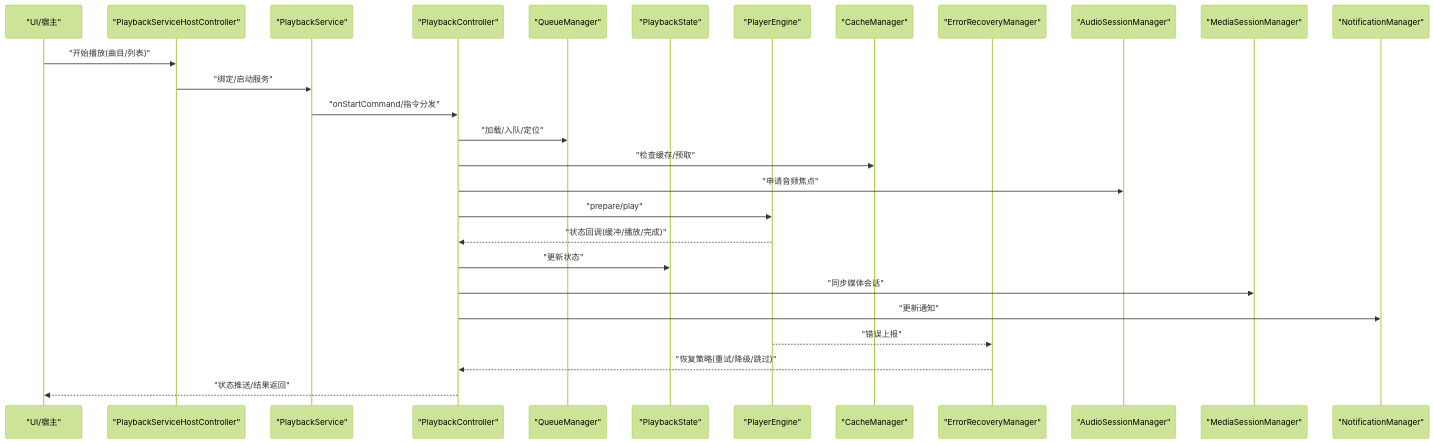
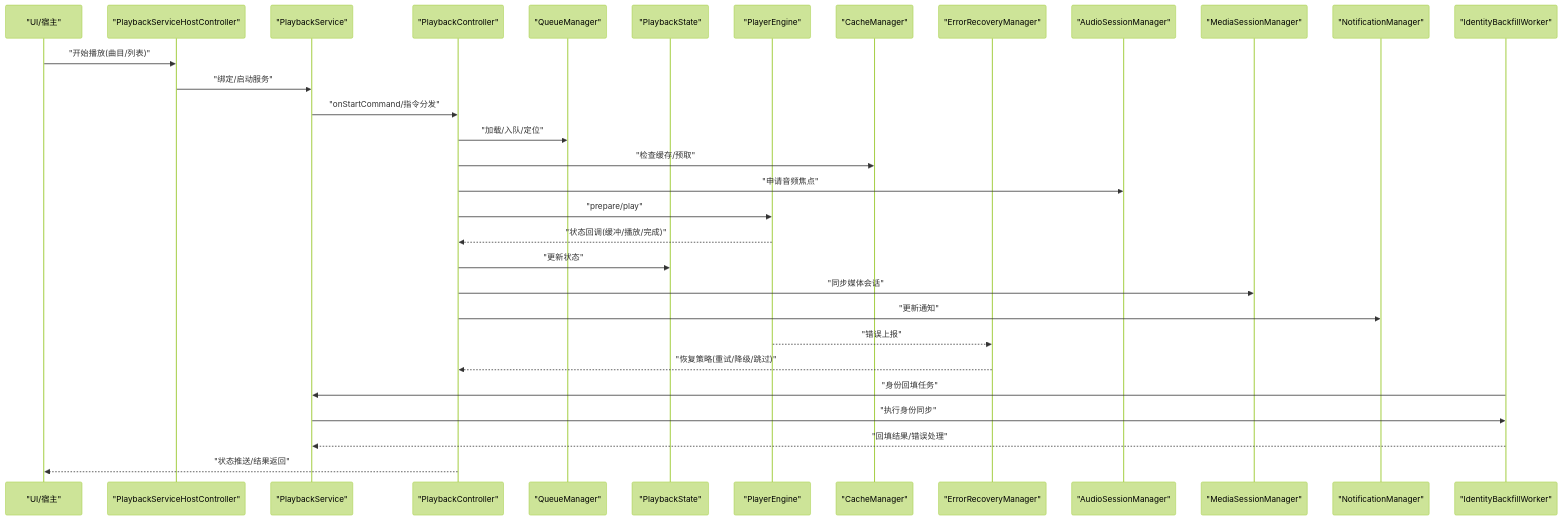
Before and after one commit to ysyhlly/Yukine-android: the second of 7 diagrams in .qoder/repowiki/zh/content/播放系统/播放系统.md, drawn with Mermaid (forest theme). The commit also changed other lines of this file and 158 other files, not shown here.

````diff
--- a/.qoder/repowiki/zh/content/播放系统/播放系统.md
+++ b/.qoder/repowiki/zh/content/播放系统/播放系统.md
@@ -173,29 +172,33 @@
 ```mermaid
 sequenceDiagram
 participant UI as "UI/宿主"
 participant Host as "PlaybackServiceHostController"
 participant Service as "PlaybackService"
 participant Ctrl as "PlaybackController"
 participant Q as "QueueManager"
 participant S as "PlaybackState"
 participant Eng as "PlayerEngine"
 participant C as "CacheManager"
 participant E as "ErrorRecoveryManager"
 participant A as "AudioSessionManager"
 participant M as "MediaSessionManager"
 participant N as "NotificationManager"
+participant I as "IdentityBackfillWorker"
 UI->>Host : "开始播放(曲目/列表)"
 Host->>Service : "绑定/启动服务"
 Service->>Ctrl : "onStartCommand/指令分发"
 Ctrl->>Q : "加载/入队/定位"
 Ctrl->>C : "检查缓存/预取"
 Ctrl->>A : "申请音频焦点"
 Ctrl->>Eng : "prepare/play"
 Eng-->>Ctrl : "状态回调(缓冲/播放/完成)"
 Ctrl->>S : "更新状态"
 Ctrl->>M : "同步媒体会话"
 Ctrl->>N : "更新通知"
 Eng-->>E : "错误上报"
 E-->>Ctrl : "恢复策略(重试/降级/跳过)"
+I->>Service : "身份回填任务"
+Service->>I : "执行身份同步"
+I-->>Service : "回填结果/错误处理"
 Ctrl-->>UI : "状态推送/结果返回"
 ```
````
